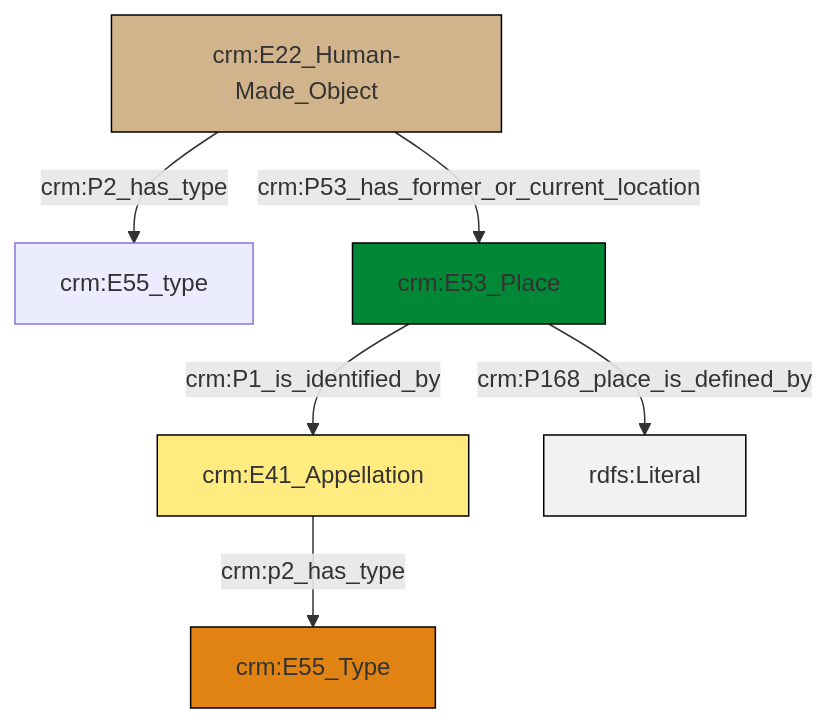
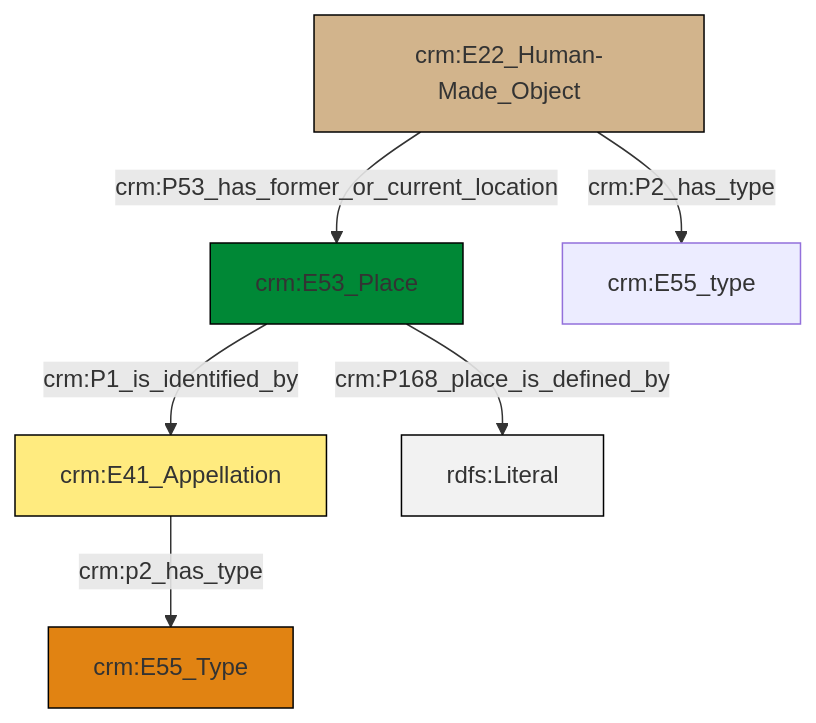
Before and after one commit to ncarboni/srdm: the diagram in et/builtWorkCSV/ttl/mmd/Built_Work_location.ttl.mmd, drawn with Mermaid. The commit also changed 367 other files, not shown here.

```diff
--- a/et/builtWorkCSV/ttl/mmd/Built_Work_location.ttl.mmd
+++ b/et/builtWorkCSV/ttl/mmd/Built_Work_location.ttl.mmd
@@ -1,20 +1,20 @@
 graph TD
 classDef Literal fill:#f2f2f2,stroke:#000000;
 classDef CRM_Entity fill:#FFFFFF,stroke:#000000;
 classDef Temporal_Entity fill:#00C9E6, stroke:#000000;
 classDef Type fill:#E18312, stroke:#000000;
 classDef Time-Span fill:#2C9C91, stroke:#000000;
 classDef Appellation fill:#FFEB7F, stroke:#000000;
 classDef Place fill:#008836, stroke:#000000;
 classDef Persistent_Item fill:#B266B2, stroke:#000000;
 classDef Conceptual_Object fill:#FFD700, stroke:#000000;
 classDef Physical_Thing fill:#D2B48C, stroke:#000000;
 classDef Actor fill:#f58aad, stroke:#000000;
 classDef PC_Classes fill:#4ce600, stroke:#000000;
 classDef Multi fill:#cccccc,stroke:#000000;
 
-4["crm:E53_Place"]:::Place -->|crm:P1_is_identified_by| 5["crm:E41_Appellation"]:::Appellation
-8["crm:E22_Human-Made_Object"]:::Physical_Thing -->|crm:P2_has_type| 0["crm:E55_type"]:::Default
-5["crm:E41_Appellation"]:::Appellation -->|crm:p2_has_type| 2["crm:E55_Type"]:::Type
-4["crm:E53_Place"]:::Place -->|crm:P168_place_is_defined_by| 11[rdfs:Literal]:::Literal
-8["crm:E22_Human-Made_Object"]:::Physical_Thing -->|crm:P53_has_former_or_current_location| 4["crm:E53_Place"]:::Place
+4["crm:E53_Place"]:::Place -->|crm:P1_is_identified_by| 0["crm:E41_Appellation"]:::Appellation
+0["crm:E41_Appellation"]:::Appellation -->|crm:p2_has_type| 5["crm:E55_Type"]:::Type
+4["crm:E53_Place"]:::Place -->|crm:P168_place_is_defined_by| 6[rdfs:Literal]:::Literal
+2["crm:E22_Human-Made_Object"]:::Physical_Thing -->|crm:P2_has_type| 7["crm:E55_type"]:::Default
+2["crm:E22_Human-Made_Object"]:::Physical_Thing -->|crm:P53_has_former_or_current_location| 4["crm:E53_Place"]:::Place
```
